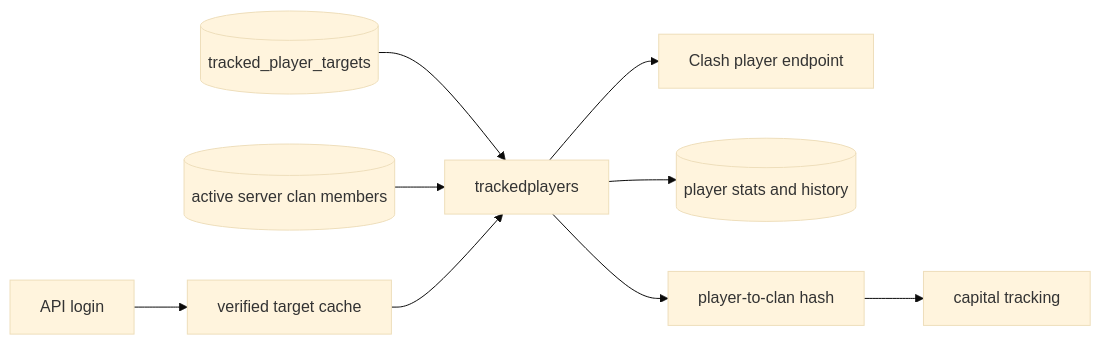
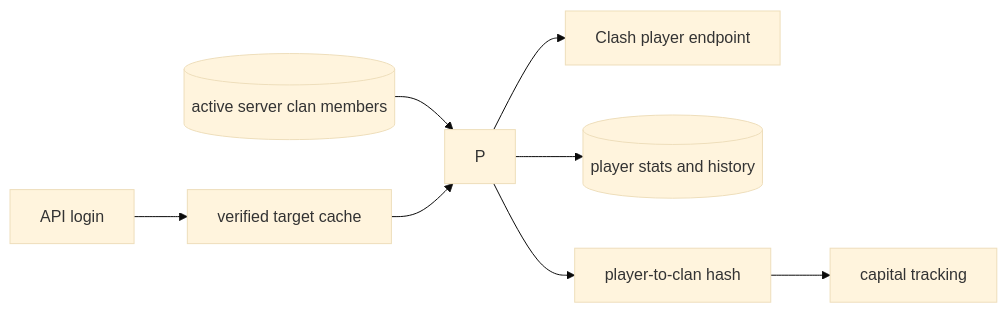
Before and after one commit to ClashKingInc/ClashKingTracking: the diagram in docs/trackedplayers.md, drawn with Mermaid (base theme). The commit also changed other lines of this file and 47 other files, not shown here.

````diff
--- a/docs/trackedplayers.md
+++ b/docs/trackedplayers.md
@@ -89,11 +93,10 @@
 ```mermaid
 flowchart LR
   A[API login] --> V[verified target cache]
-  T[(tracked_player_targets)] --> P[trackedplayers]
   C[(active server clan members)] --> P
   V --> P
   P --> API[Clash player endpoint]
   P --> S[(player stats and history)]
   P --> H[player-to-clan hash]
   H --> R[capital tracking]
 ```
````
